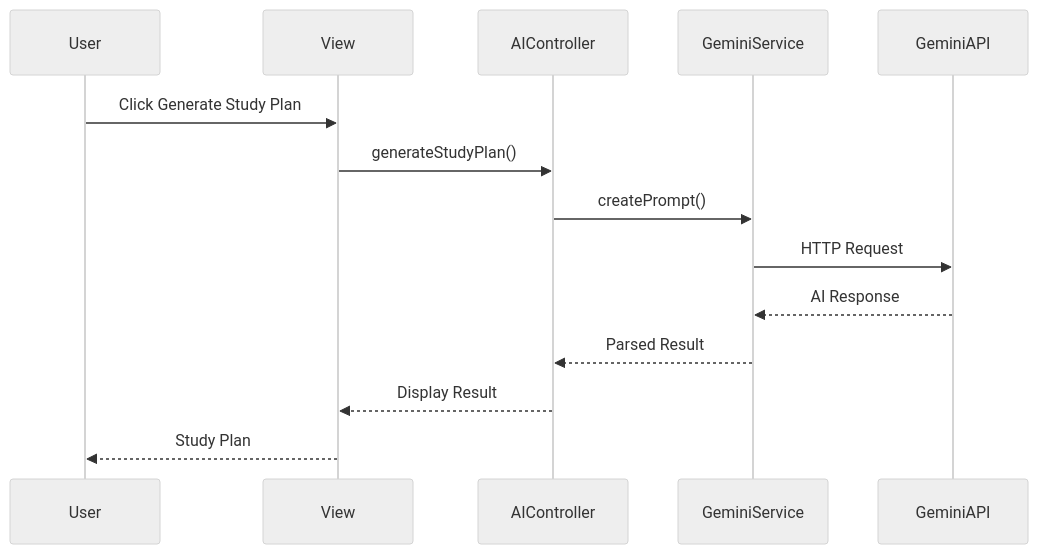
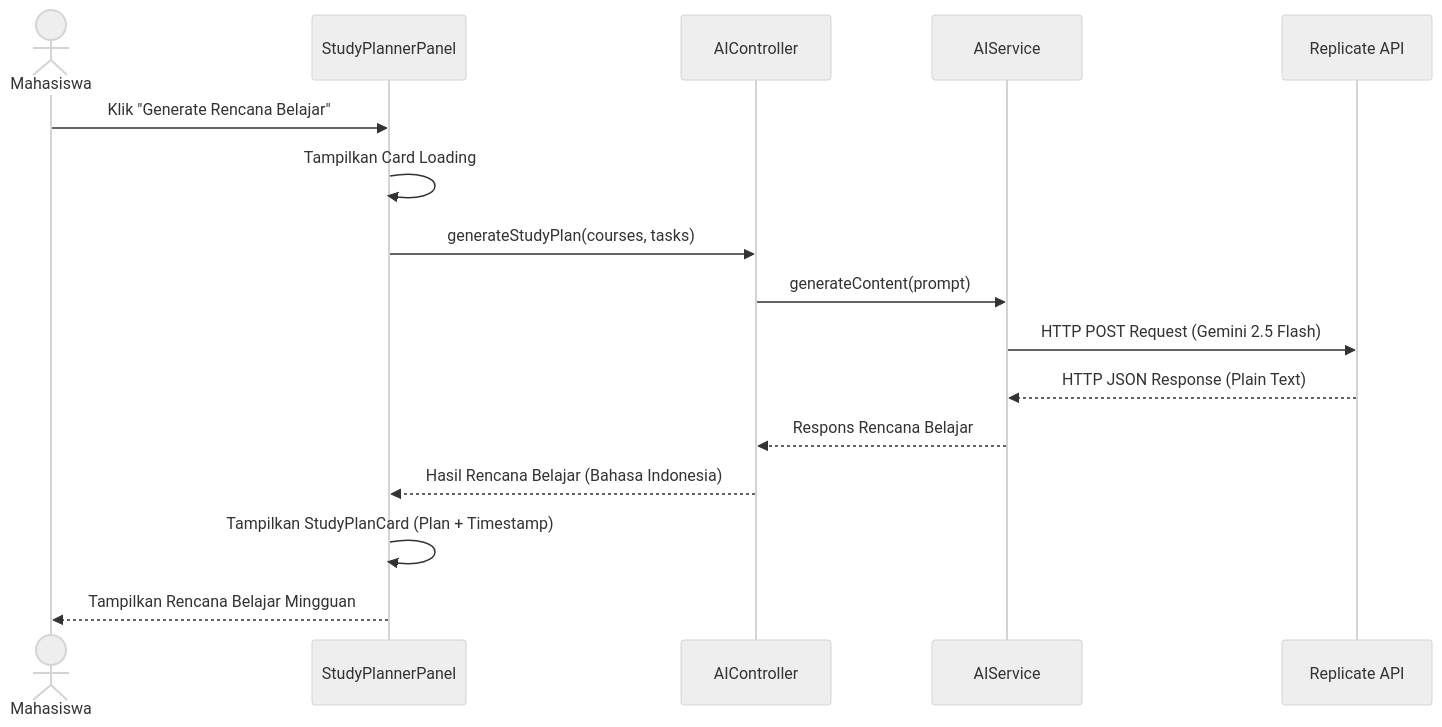
Before and after one commit to RifkiFrds/umt-academic-asisstant: the fifth of 8 diagrams in SSD.md, drawn with Mermaid (neutral theme). The commit also changed other lines of this file and 8 other files, not shown here.

````diff
--- a/SSD.md
+++ b/SSD.md
@@ -348,25 +351,19 @@
 ```mermaid
 sequenceDiagram
+    actor User as Mahasiswa
+    participant SP as StudyPlannerPanel
+    participant AC as AIController
+    participant AS as AIService
+    participant RE as Replicate API
 
-participant User
-participant View
-participant AIController
-participant GeminiService
-participant GeminiAPI
-
-User->>View: Click Generate Study Plan
-
-View->>AIController: generateStudyPlan()
-
-AIController->>GeminiService: createPrompt()
-
-GeminiService->>GeminiAPI: HTTP Request
-
-GeminiAPI-->>GeminiService: AI Response
-
-GeminiService-->>AIController: Parsed Result
-
-AIController-->>View: Display Result
-
-View-->>User: Study Plan
+    User->>SP: Klik "Generate Rencana Belajar"
+    SP->>SP: Tampilkan Card Loading
+    SP->>AC: generateStudyPlan(courses, tasks)
+    AC->>AS: generateContent(prompt)
+    AS->>RE: HTTP POST Request (Gemini 2.5 Flash)
+    RE-->>AS: HTTP JSON Response (Plain Text)
+    AS-->>AC: Respons Rencana Belajar
+    AC-->>SP: Hasil Rencana Belajar (Bahasa Indonesia)
+    SP->>SP: Tampilkan StudyPlanCard (Plan + Timestamp)
+    SP-->>User: Tampilkan Rencana Belajar Mingguan
 ```
````
